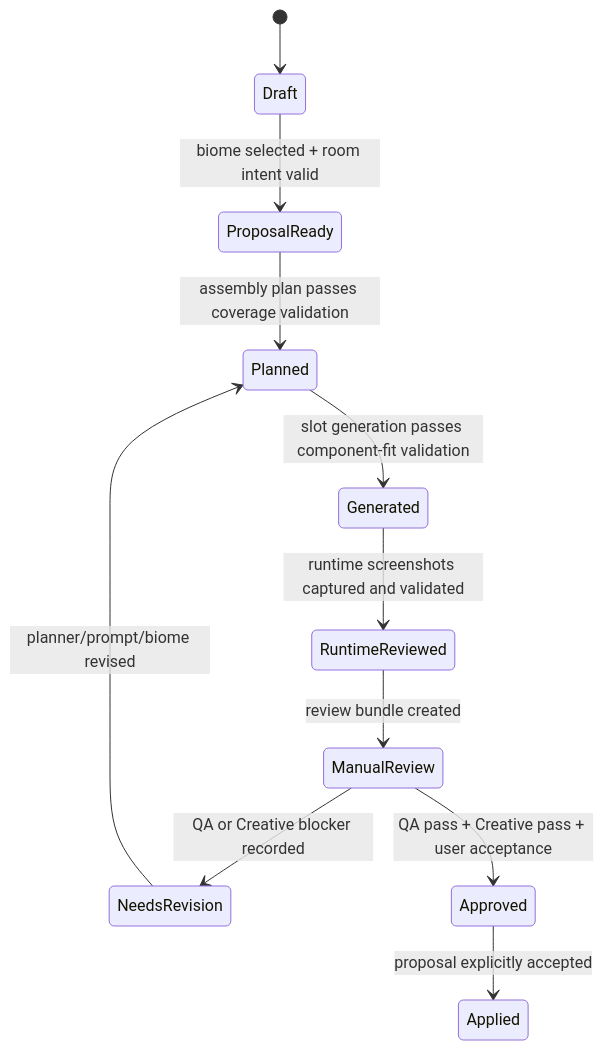
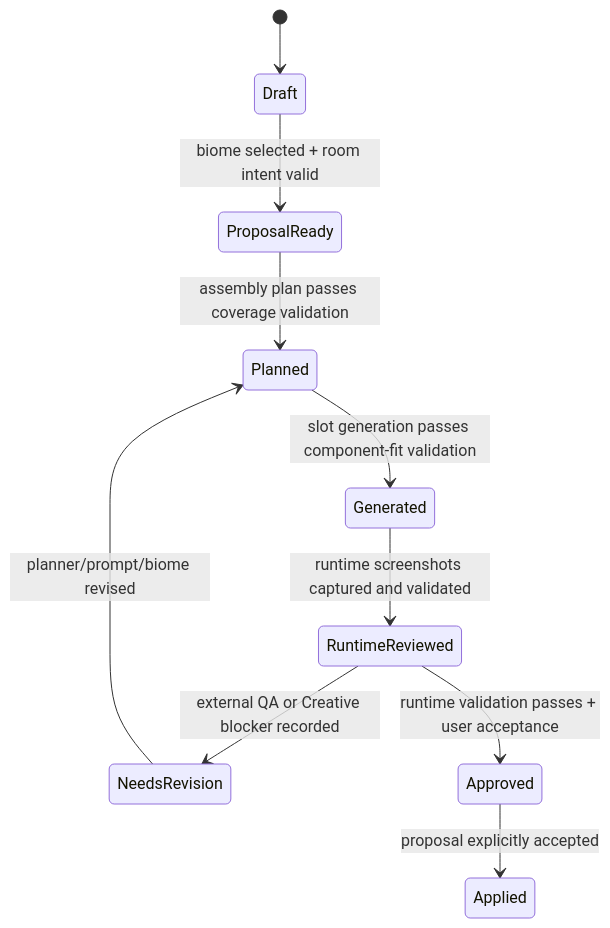
One commit to tim-a-wood/tim-a-wood.github.io changed the fourth of 5 diagrams in docs/room-environment-pipeline-v3-software-requirements.md. Above: the diagram before and after it, drawn with Mermaid. The commit also changed other lines of this file and 43 other files, not shown here.

````diff
--- a/docs/room-environment-pipeline-v3-software-requirements.md
+++ b/docs/room-environment-pipeline-v3-software-requirements.md
@@ -736,13 +744,12 @@
 ```mermaid
 stateDiagram-v2
     [*] --> Draft
     Draft --> ProposalReady: biome selected + room intent valid
     ProposalReady --> Planned: assembly plan passes coverage validation
     Planned --> Generated: slot generation passes component-fit validation
     Generated --> RuntimeReviewed: runtime screenshots captured and validated
-    RuntimeReviewed --> ManualReview: review bundle created
-    ManualReview --> NeedsRevision: QA or Creative blocker recorded
+    RuntimeReviewed --> NeedsRevision: external QA or Creative blocker recorded
     NeedsRevision --> Planned: planner/prompt/biome revised
-    ManualReview --> Approved: QA pass + Creative pass + user acceptance
+    RuntimeReviewed --> Approved: runtime validation passes + user acceptance
     Approved --> Applied: proposal explicitly accepted
 ```
````
